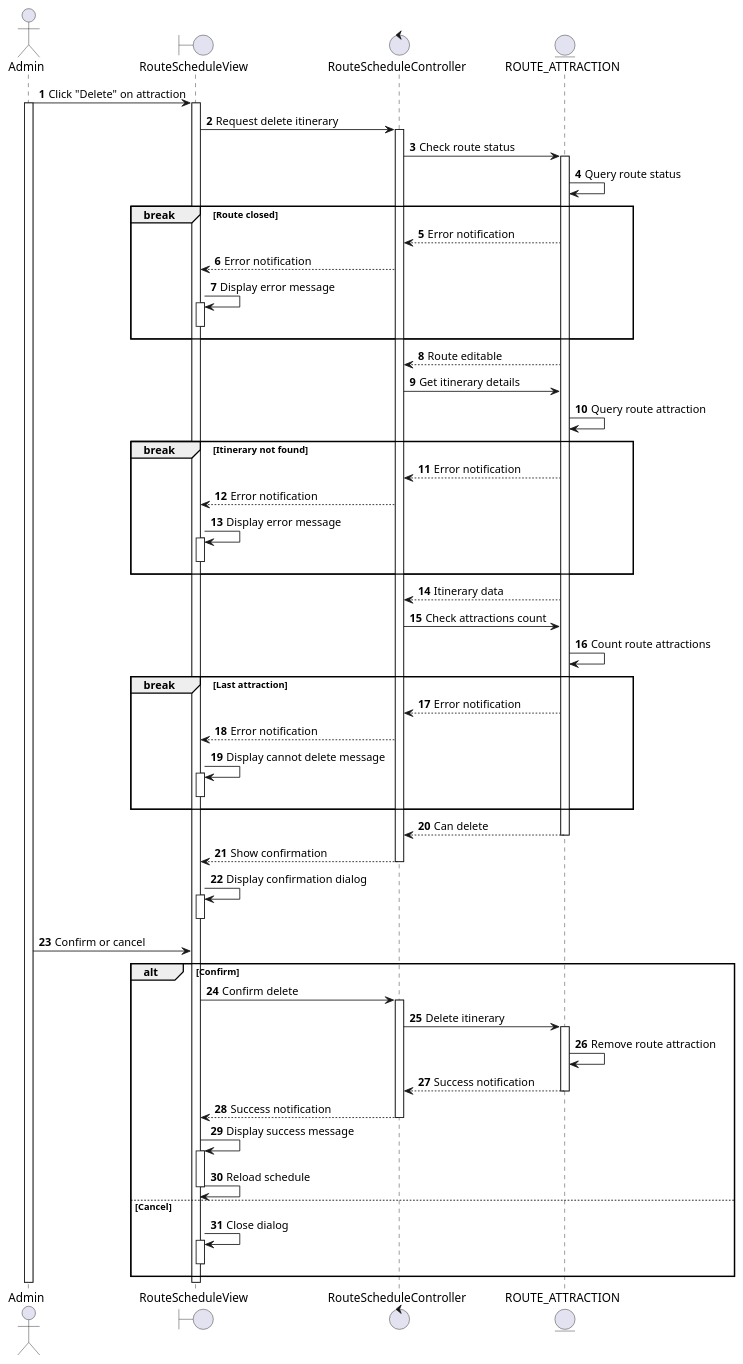
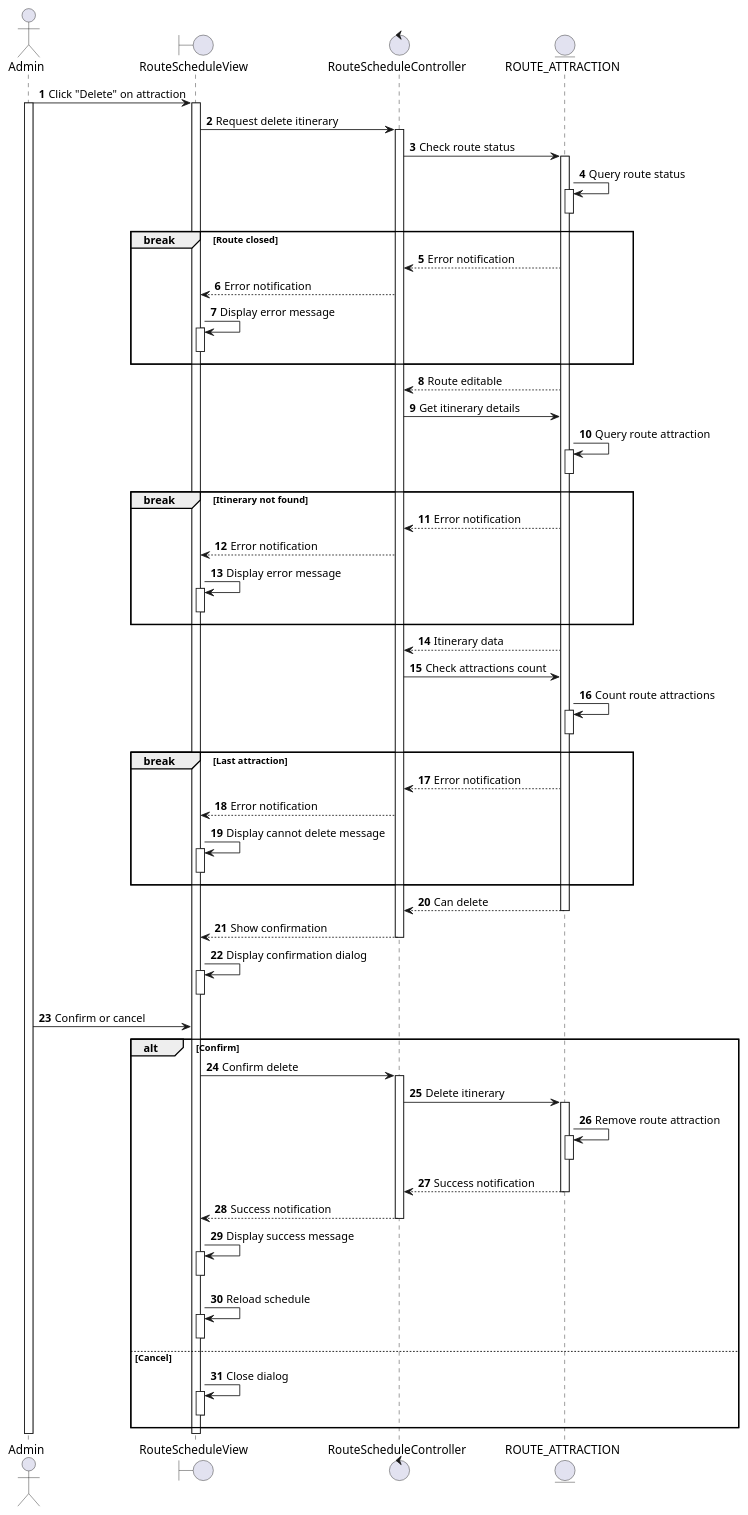
Before and after one commit to se113-wm/se113-wm.github.io: the diagram in docs/docs/sequence/manage-route-schedule/delete-itinerary.md, drawn with PlantUML. The commit also changed 37 other files, not shown here.

First line of the commit message:
Refactor sequence diagrams for booking and trip management

```diff
--- a/docs/docs/sequence/manage-route-schedule/delete-itinerary.md
+++ b/docs/docs/sequence/manage-route-schedule/delete-itinerary.md
@@ -17,6 +17,8 @@
 RSC -> RA: Check route status
 activate RA
 RA -> RA: Query route status
+activate RA
+deactivate RA
 
 break Route closed
   RSC <-- RA: Error notification
@@ -29,6 +31,8 @@
 RSC <-- RA: Route editable
 RSC -> RA: Get itinerary details
 RA -> RA: Query route attraction
+activate RA
+deactivate RA
 
 break Itinerary not found
   RSC <-- RA: Error notification
@@ -41,6 +45,9 @@
 RSC <-- RA: Itinerary data
 RSC -> RA: Check attractions count
 RA -> RA: Count route attractions
+activate RA
+deactivate RA
+
 
 break Last attraction
   RSC <-- RA: Error notification
@@ -66,13 +73,17 @@
   RSC -> RA: Delete itinerary
   activate RA
   RA -> RA: Remove route attraction
+  activate RA
+  deactivate RA
   RSC <-- RA: Success notification
   deactivate RA
   RSV <-- RSC: Success notification
   deactivate RSC
   RSV -> RSV: Display success message
   activate RSV
+  deactivate RSV
   RSV -> RSV: Reload schedule
+  activate RSV
   deactivate RSV
 else Cancel
   RSV -> RSV: Close dialog
```
